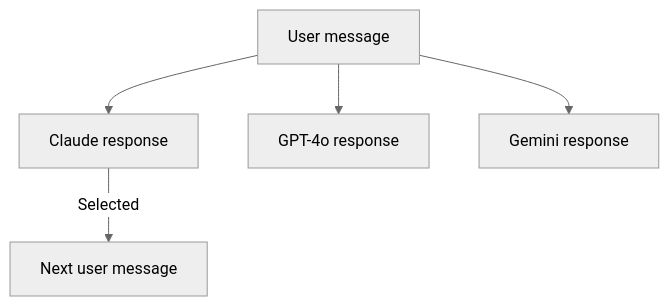
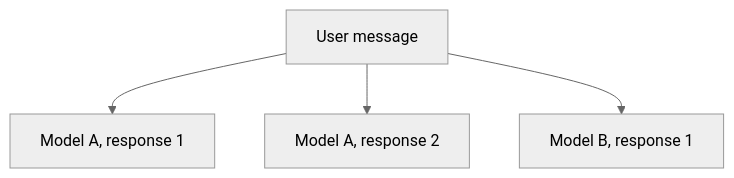
The diagram in apps/docs/features/parallel-responses.mdx (warklp/chat-js), drawn with Mermaid (neutral theme) before and after one commit. The commit also changed other lines of this file and 9 other files, not shown here.

Commit message:
docs(thread): explain integration and architecture

````diff
--- a/apps/docs/features/parallel-responses.mdx
+++ b/apps/docs/features/parallel-responses.mdx
@@ -32,7 +33,6 @@
 ```mermaid
-graph TD
-    U[User message] --> A[Claude response]
-    U --> B[GPT-4o response]
-    U --> C[Gemini response]
-    A -->|Selected| D[Next user message]
+flowchart TD
+    U[User message] --> A[Model A, response 1]
+    U --> B[Model A, response 2]
+    U --> C[Model B, response 1]
 ```
````
